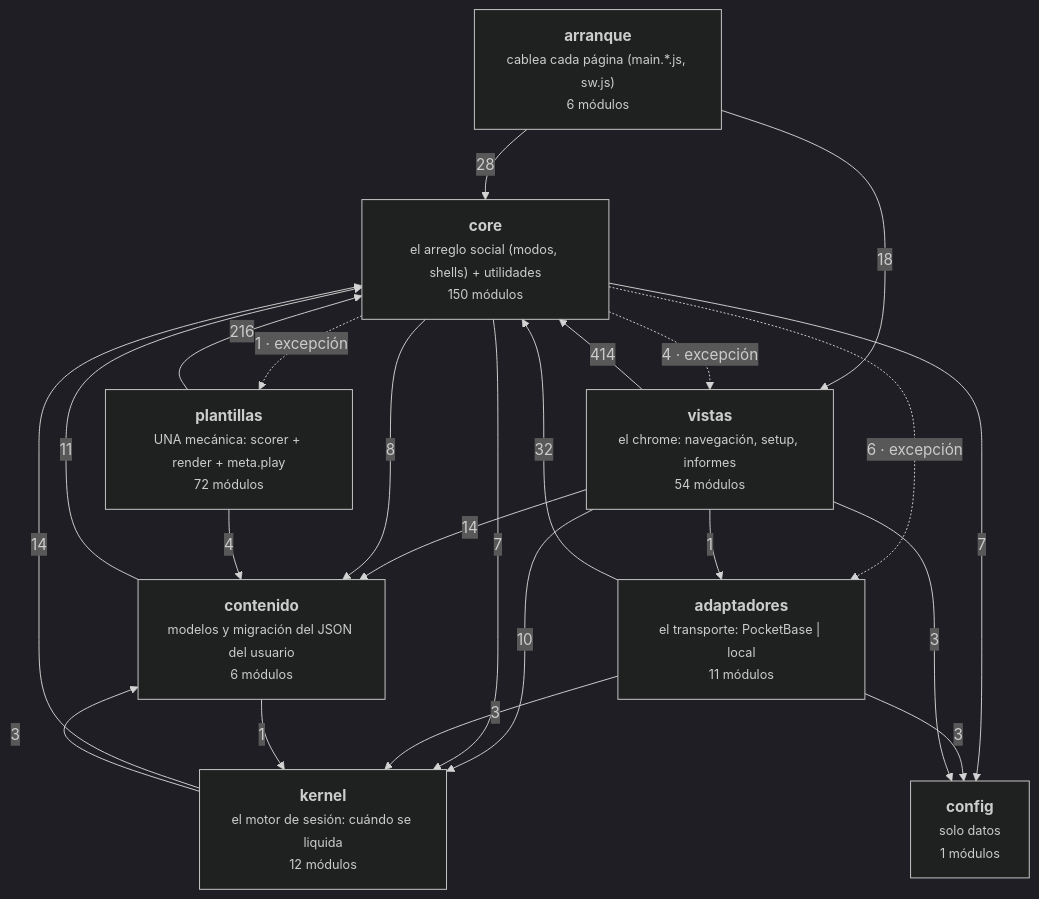
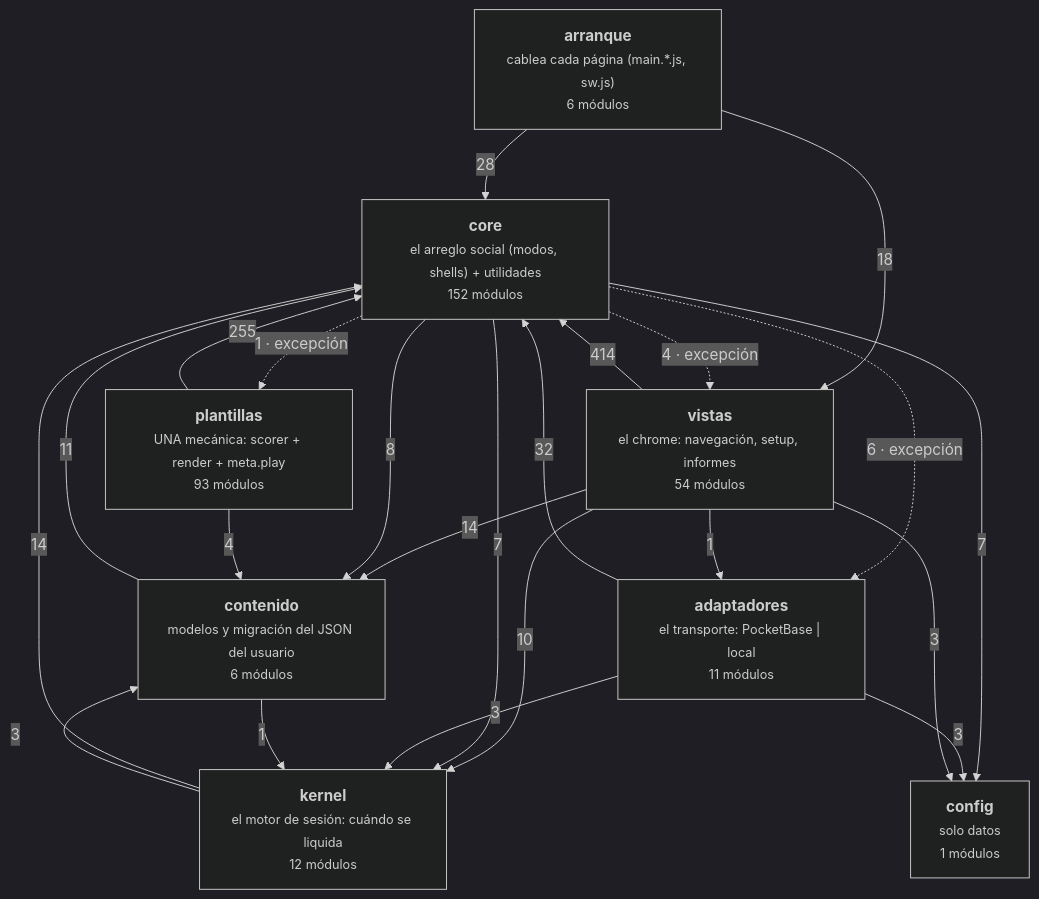
The diagram in docs/arquitectura-modulos.md (duecaz/ac), drawn with Mermaid (dark theme) before and after one commit. The commit also changed other lines of this file and 63 other files, not shown here.

````diff
--- a/docs/arquitectura-modulos.md
+++ b/docs/arquitectura-modulos.md
@@ -56,33 +56,33 @@
 ```mermaid
 graph TD
   A["<b>arranque</b><br/><small>cablea cada página (main.*.js, sw.js)</small><br/><small>6 módulos</small>"]
   V["<b>vistas</b><br/><small>el chrome: navegación, setup, informes</small><br/><small>54 módulos</small>"]
   AD["<b>adaptadores</b><br/><small>el transporte: PocketBase | local</small><br/><small>11 módulos</small>"]
-  C["<b>core</b><br/><small>el arreglo social (modos, shells) + utilidades</small><br/><small>150 módulos</small>"]
+  C["<b>core</b><br/><small>el arreglo social (modos, shells) + utilidades</small><br/><small>152 módulos</small>"]
   K["<b>kernel</b><br/><small>el motor de sesión: cuándo se liquida</small><br/><small>12 módulos</small>"]
-  T["<b>plantillas</b><br/><small>UNA mecánica: scorer + render + meta.play</small><br/><small>72 módulos</small>"]
+  T["<b>plantillas</b><br/><small>UNA mecánica: scorer + render + meta.play</small><br/><small>93 módulos</small>"]
   CO["<b>contenido</b><br/><small>modelos y migración del JSON del usuario</small><br/><small>6 módulos</small>"]
   CF["<b>config</b><br/><small>solo datos</small><br/><small>1 módulos</small>"]
   V -->|414| C
-  T -->|216| C
+  T -->|255| C
   AD -->|32| C
   A -->|28| C
   A -->|18| V
   K -->|14| C
   V -->|14| CO
   CO -->|11| C
   V -->|10| K
   C -->|8| CO
   C -->|7| K
   C -->|7| CF
   C -.->|6 · excepción| AD
   C -.->|4 · excepción| V
   T -->|4| CO
   AD -->|3| CF
   AD -->|3| K
   K -->|3| CO
   V -->|3| CF
   C -.->|1 · excepción| T
   CO -->|1| K
   V -->|1| AD
 ```
````
